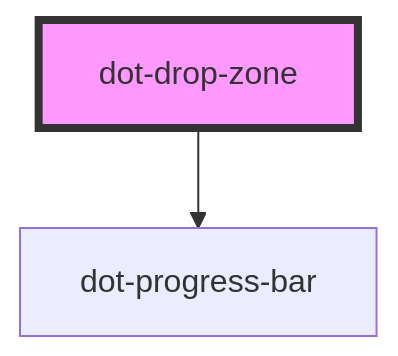
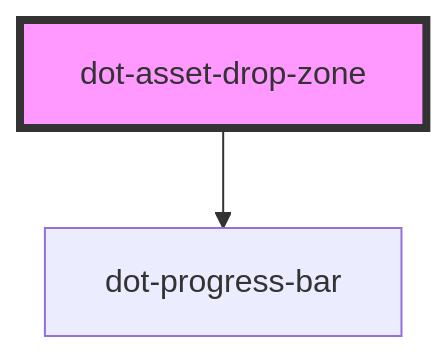
The diagram in src/components/contenttypes-fields/dot-asset-drop-zone/readme.md (dotCMS/dotcms-webcomponents), drawn with Mermaid before and after one commit. The commit also changed other lines of this file and 7 other files, not shown here.

````diff
--- a/src/components/contenttypes-fields/dot-asset-drop-zone/readme.md
+++ b/src/components/contenttypes-fields/dot-asset-drop-zone/readme.md
@@ -24,5 +36,5 @@
 ```mermaid
 graph TD;
-  dot-drop-zone --> dot-progress-bar
-  style dot-drop-zone fill:#f9f,stroke:#333,stroke-width:4px
+  dot-asset-drop-zone --> dot-progress-bar
+  style dot-asset-drop-zone fill:#f9f,stroke:#333,stroke-width:4px
 ```
````
